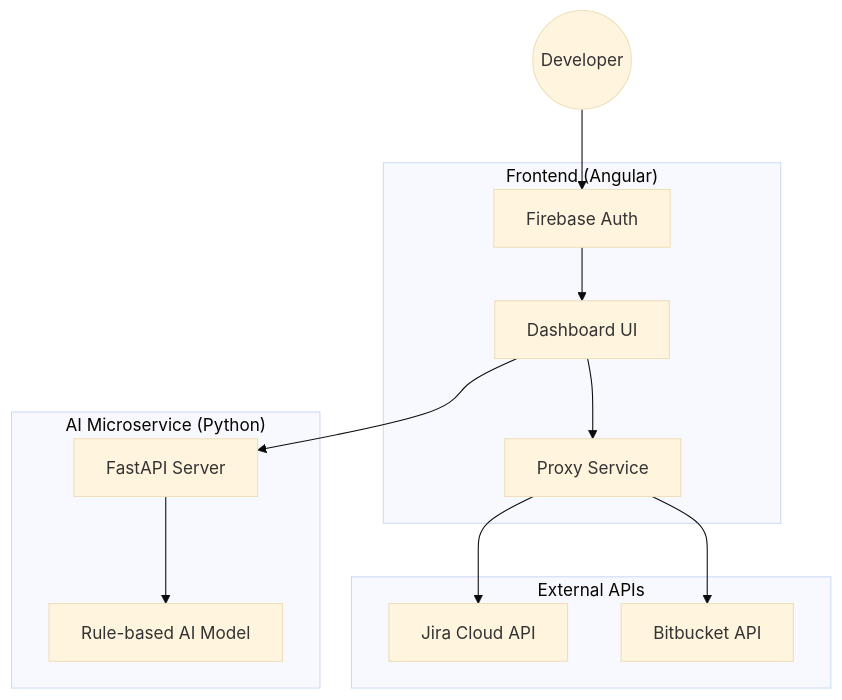
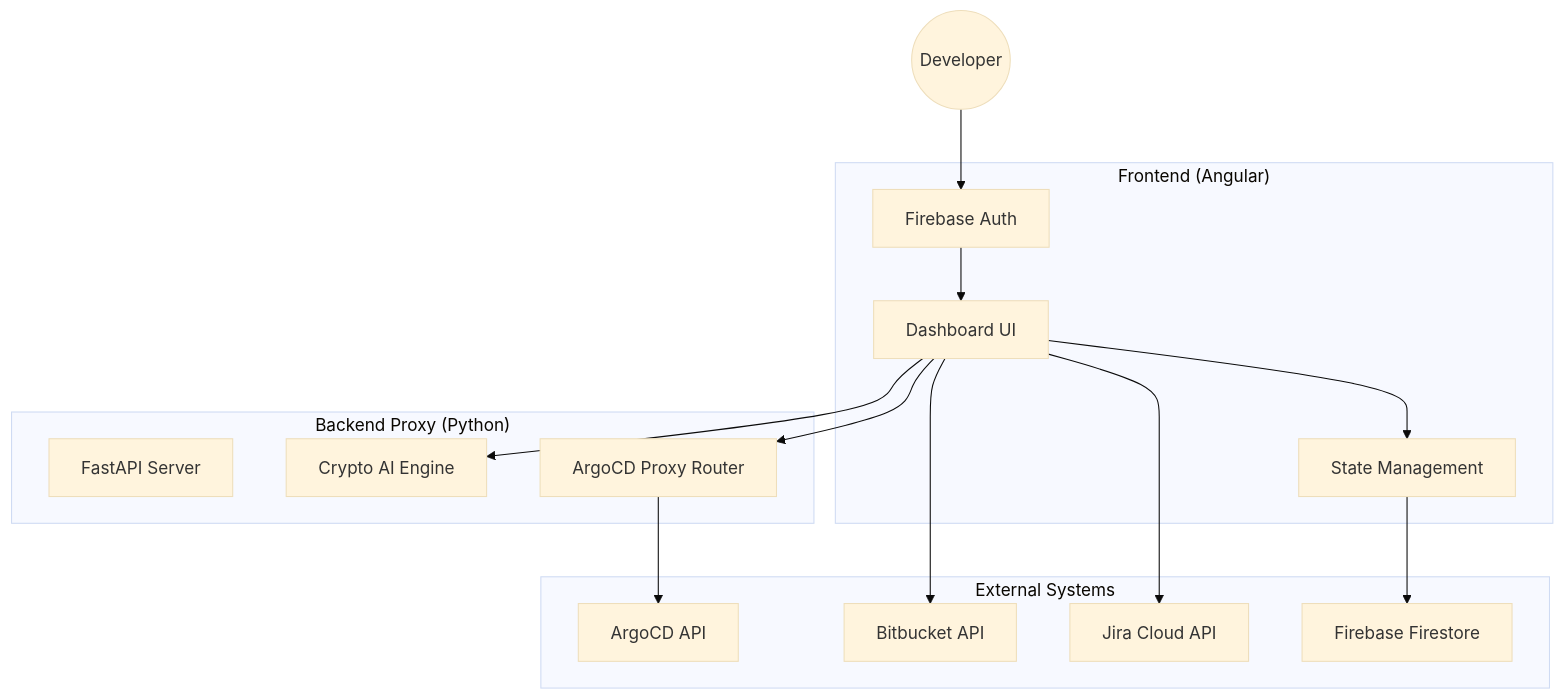
One commit to Sharma-PS-MT/dev-helper changed the diagram in README.md. Above: the diagram before and after it, drawn with Mermaid (base theme). The commit also changed other lines of this file and 30 other files, not shown here.

````diff
--- a/README.md
+++ b/README.md
@@ -81,28 +80,39 @@
 ```mermaid
 graph TD
     User((Developer))
     
     subgraph "Frontend (Angular)"
         UI[Dashboard UI]
         Auth[Firebase Auth]
-        Proxy[Proxy Service]
+        Store[State Management]
     end
     
-    subgraph "External APIs"
+    subgraph "Backend Proxy (Python)"
+        FastAPI[FastAPI Server]
+        ArgoProxy[ArgoCD Proxy Router]
+        AI[Crypto AI Engine]
+    end
+
+    subgraph "External Systems"
         Jira[Jira Cloud API]
         BB[Bitbucket API]
-    end
-    
-    subgraph "AI Microservice (Python)"
-        FastAPI[FastAPI Server]
-        Model[Rule-based AI Model]
+        Argo[ArgoCD API]
+        Firebase[Firebase Firestore]
     end
     
     User --> Auth
     Auth --> UI
-    UI --> Proxy
-    Proxy --> Jira
-    Proxy --> BB
-    UI --> FastAPI
-    FastAPI --> Model
+    UI --> Store
+    Store --> Firebase
+    
+    %% Direct API calls (CORS handled by proxy.conf.json or domain config)
+    UI --> Jira
+    UI --> BB
+    
+    %% Proxied calls (CORS handled by Python backend)
+    UI --> ArgoProxy
+    ArgoProxy --> Argo
+    
+    %% Prediction service
+    UI --> AI
 ```
````
